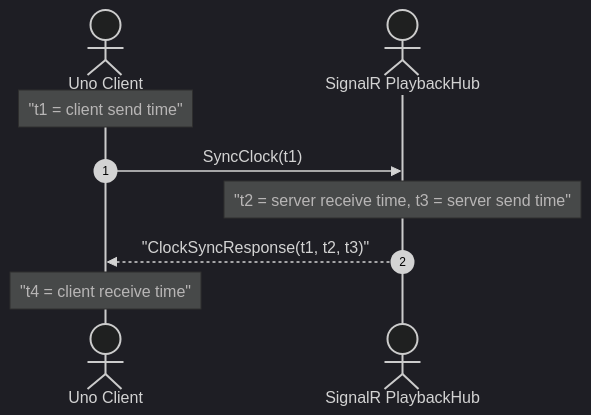
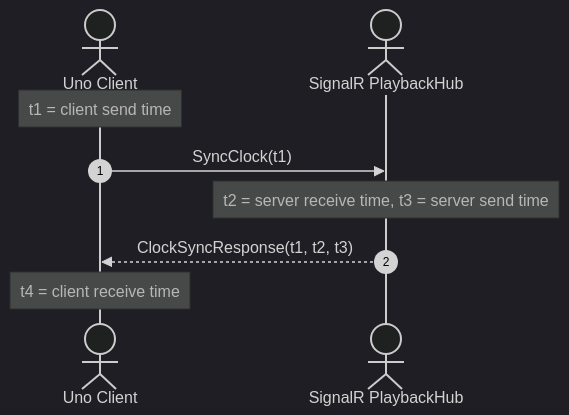
Before and after one commit to jav76/Cantus: the first of 2 diagrams in docs/architecture/ntp-clock-sync.md, drawn with Mermaid (dark theme). The commit also changed other lines of this file and 35 other files, not shown here.

First line of the commit message:
docs: correct drift against source, fix list rendering, drop stale knowledge graph

````diff
--- a/docs/architecture/ntp-clock-sync.md
+++ b/docs/architecture/ntp-clock-sync.md
@@ -21,12 +22,12 @@
 ```mermaid
 sequenceDiagram
     autonumber
     actor Client as Uno Client
     actor Server as SignalR PlaybackHub
 
-    Note over Client: "t1 = client send time"
+    Note over Client: t1 = client send time
     Client->>Server: SyncClock(t1)
-    Note over Server: "t2 = server receive time, t3 = server send time"
-    Server-->>Client: "ClockSyncResponse(t1, t2, t3)"
-    Note over Client: "t4 = client receive time"
+    Note over Server: t2 = server receive time, t3 = server send time
+    Server-->>Client: ClockSyncResponse(t1, t2, t3)
+    Note over Client: t4 = client receive time
 ```
````
